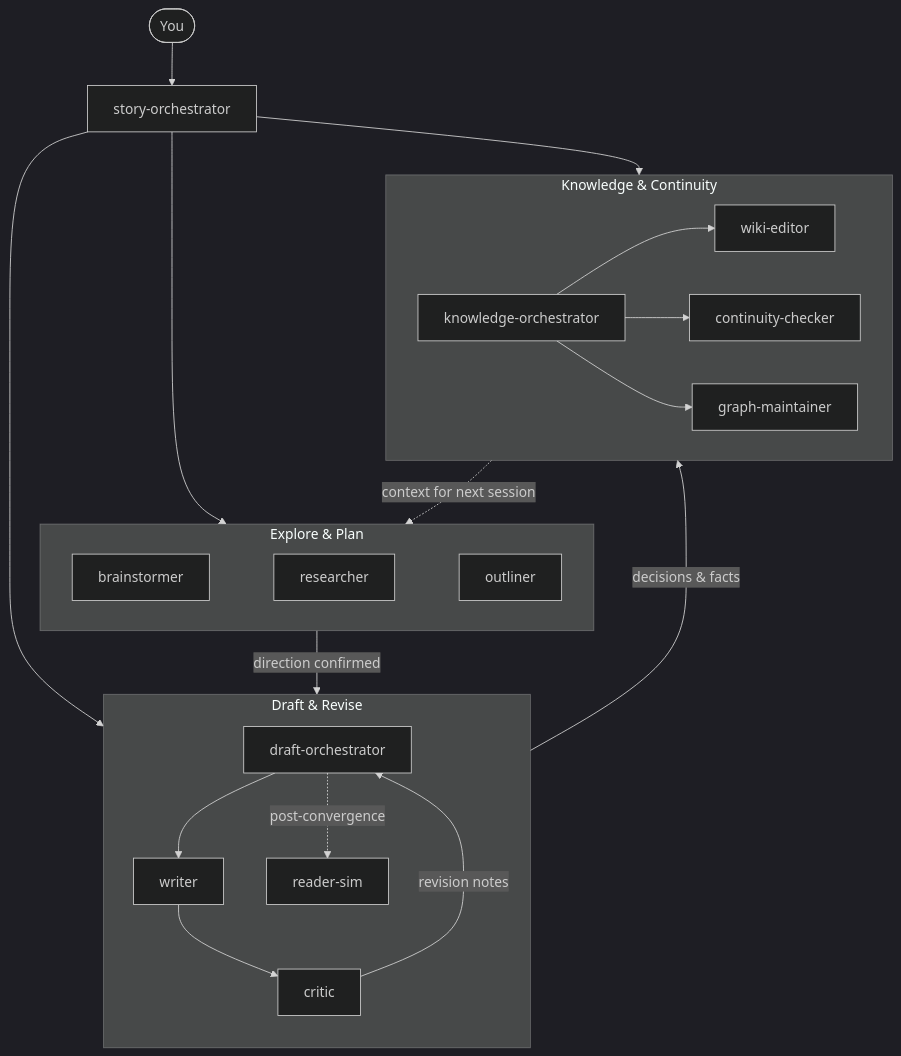
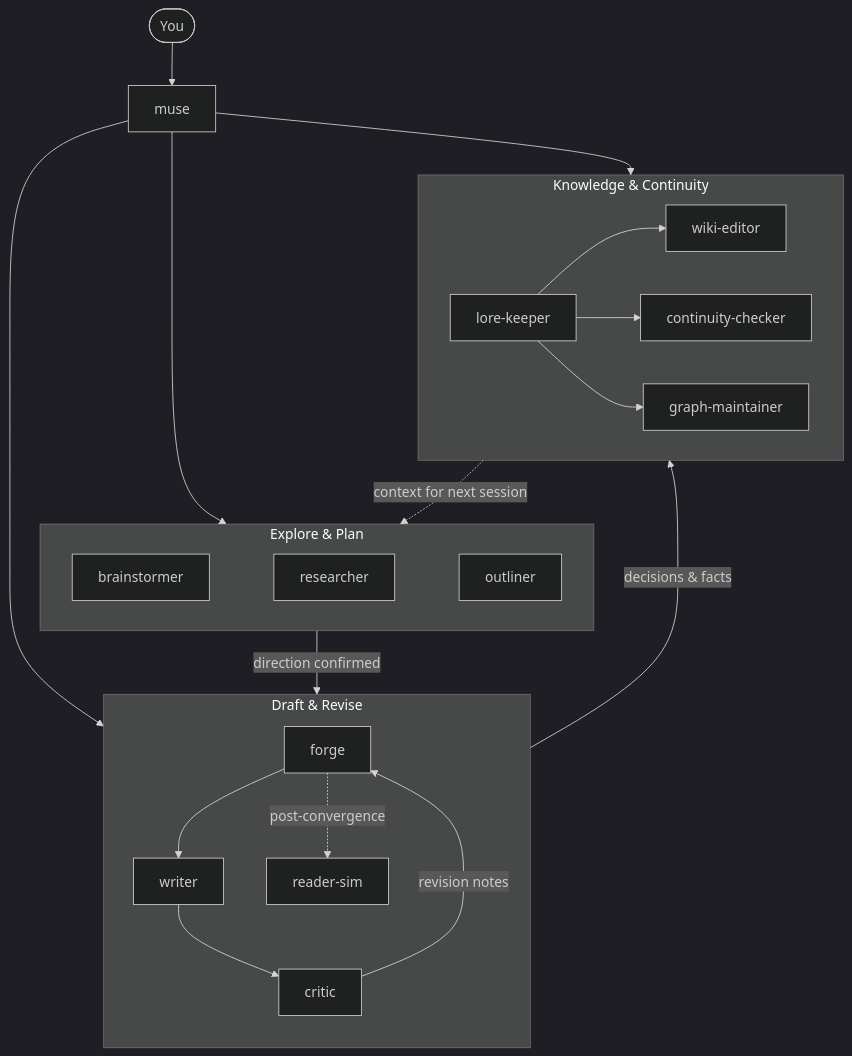
The first of 3 diagrams in README.md (haowjy/creative-writing-skills), drawn with Mermaid (dark theme) before and after one commit. The commit also changed other lines of this file and 47 other files, not shown here.

````diff
--- a/README.md
+++ b/README.md
@@ -30,35 +30,35 @@
 ```mermaid
 flowchart TB
-    You([You]) --> SO[story-orchestrator]
+    You([You]) --> M[muse]
 
-    SO --> Explore
-    SO --> Write
-    SO --> Maintain
+    M --> Explore
+    M --> Write
+    M --> Maintain
 
     subgraph Explore ["Explore & Plan"]
         direction LR
         B[brainstormer] ~~~ R[researcher]
         R ~~~ O[outliner]
     end
 
     subgraph Write ["Draft & Revise"]
         direction TB
-        DO[draft-orchestrator]
-        DO --> W[writer]
+        F[forge]
+        F --> W[writer]
         W --> C[critic]
-        C -->|revision notes| DO
-        DO -.->|post-convergence| RS[reader-sim]
+        C -->|revision notes| F
+        F -.->|post-convergence| RS[reader-sim]
     end
 
     subgraph Maintain ["Knowledge & Continuity"]
         direction LR
-        KO[knowledge-orchestrator]
-        KO --> WE[wiki-editor]
-        KO --> CC[continuity-checker]
-        KO --> GM[graph-maintainer]
+        LK[lore-keeper]
+        LK --> WE[wiki-editor]
+        LK --> CC[continuity-checker]
+        LK --> GM[graph-maintainer]
     end
 
     Write -->|decisions & facts| Maintain
     Explore -->|direction confirmed| Write
     Maintain -.->|context for next session| Explore
 ```
````
